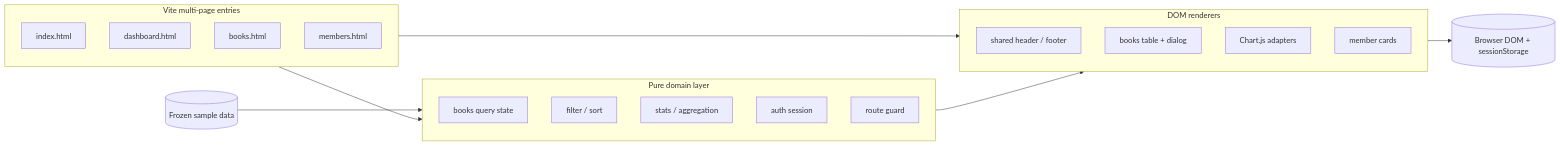
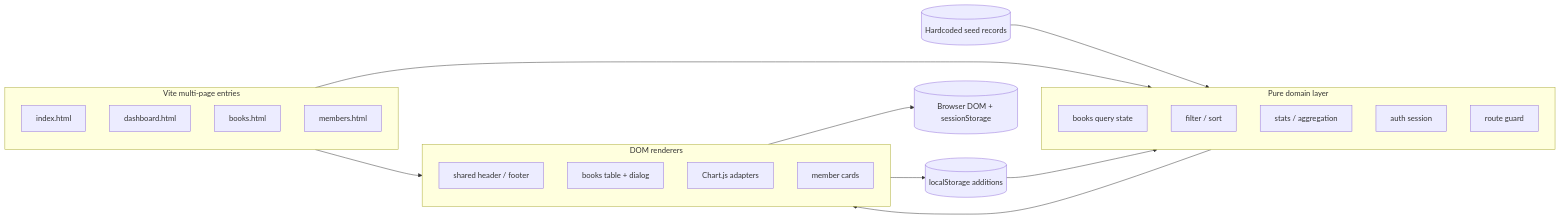
The diagram in README.md (danialdondol/booknest-library), drawn with Mermaid before and after one commit. The commit also changed other lines of this file and 22 other files, not shown here.

First line of the commit message:
feat: add quick sign-in and browser-local records (#20)

````diff
--- a/README.md
+++ b/README.md
@@ -112,30 +117,32 @@
 ```mermaid
 flowchart LR
   subgraph Pages["Vite multi-page entries"]
     L[index.html]
     D[dashboard.html]
     B[books.html]
     M[members.html]
   end
 
   subgraph Core["Pure domain layer"]
     Q[books query state]
     F[filter / sort]
     S[stats / aggregation]
     A[auth session]
     G[route guard]
   end
 
   subgraph UI["DOM renderers"]
     N[shared header / footer]
     T[books table + dialog]
     C[Chart.js adapters]
     V[member cards]
   end
 
-  Data[(Frozen sample data)] --> Core
+  Data[(Hardcoded seed records)] --> Core
+  Additions[(localStorage additions)] --> Core
   Pages --> Core
   Pages --> UI
   Core --> UI
   UI --> Browser[(Browser DOM + sessionStorage)]
+  UI --> Additions
 ```
````
